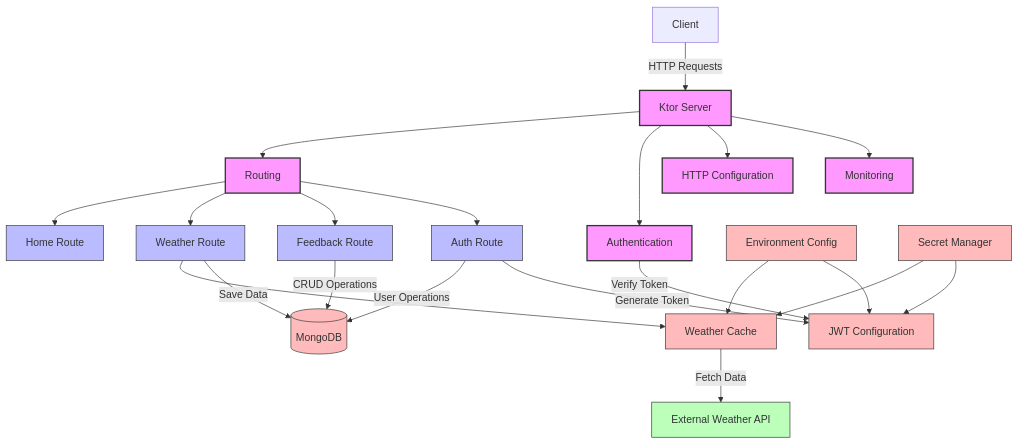
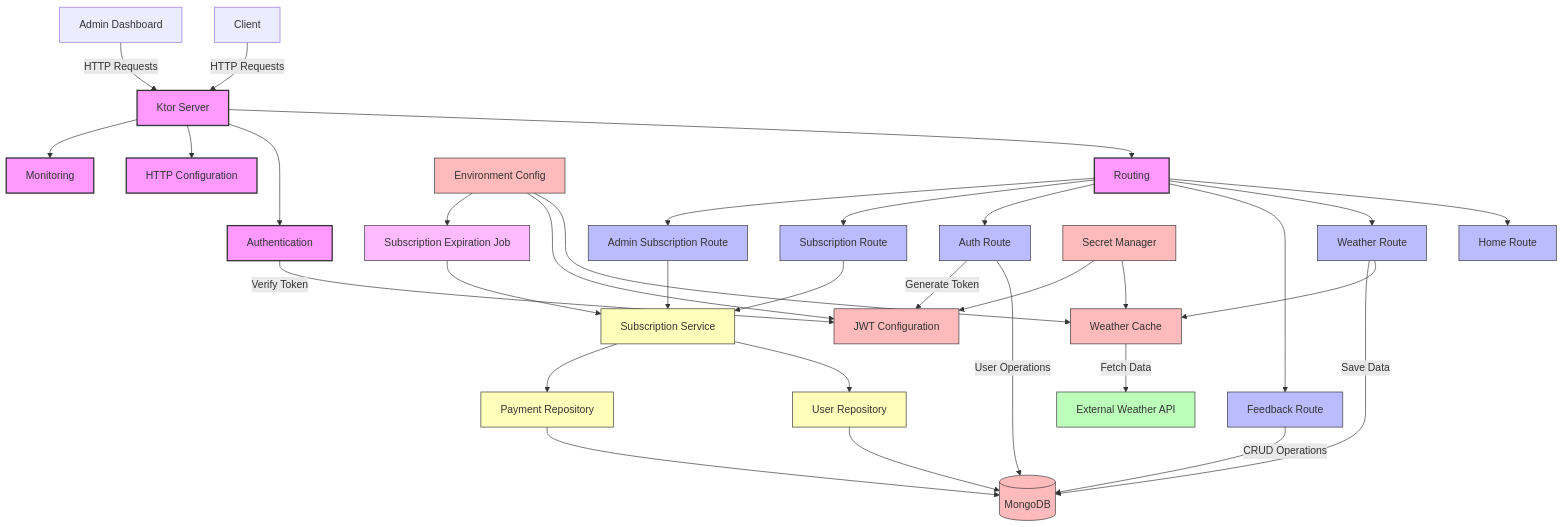
The diagram in docs/architecture.md (bosankus/weatherify-api-ktor), drawn with Mermaid before and after one commit. The commit also changed other lines of this file and 84 other files, not shown here.

````diff
--- a/docs/architecture.md
+++ b/docs/architecture.md
@@ -3,46 +3,65 @@
 ```mermaid
 graph TD
     Client[Client] --> |HTTP Requests| Server[Ktor Server]
+    AdminUI[Admin Dashboard] --> |HTTP Requests| Server
     
     %% Main Application Components
     Server --> Routing[Routing]
     Server --> Authentication[Authentication]
     Server --> HTTP[HTTP Configuration]
     Server --> Monitoring[Monitoring]
     
     %% Routes
     Routing --> HomeRoute[Home Route]
     Routing --> WeatherRoute[Weather Route]
     Routing --> FeedbackRoute[Feedback Route]
     Routing --> AuthRoute[Auth Route]
+    Routing --> SubscriptionRoute[Subscription Route]
+    Routing --> AdminSubscriptionRoute[Admin Subscription Route]
     
     %% Weather Components
     WeatherRoute --> WeatherCache[Weather Cache]
     WeatherCache --> |Fetch Data| ExternalAPI[External Weather API]
     WeatherRoute --> |Save Data| Database[(MongoDB)]
     
     %% Auth Components
     AuthRoute --> |User Operations| Database
     AuthRoute --> |Generate Token| JWTConfig[JWT Configuration]
     Authentication --> |Verify Token| JWTConfig
     
     %% Feedback Components
     FeedbackRoute --> |CRUD Operations| Database
     
+    %% Subscription Components
+    SubscriptionRoute --> SubscriptionService[Subscription Service]
+    AdminSubscriptionRoute --> SubscriptionService
+    SubscriptionService --> UserRepository[User Repository]
+    SubscriptionService --> PaymentRepository[Payment Repository]
+    UserRepository --> Database
+    PaymentRepository --> Database
+    
+    %% Background Jobs
+    ExpirationJob[Subscription Expiration Job] --> SubscriptionService
+    
     %% Environment & Configuration
     Environment[Environment Config] --> WeatherCache
     Environment --> JWTConfig
+    Environment --> ExpirationJob
     SecretManager[Secret Manager] --> WeatherCache
     SecretManager --> JWTConfig
     
     %% Legend
     classDef core fill:#f9f,stroke:#333,stroke-width:2px;
     classDef route fill:#bbf,stroke:#333,stroke-width:1px;
     classDef external fill:#bfb,stroke:#333,stroke-width:1px;
     classDef data fill:#fbb,stroke:#333,stroke-width:1px;
+    classDef service fill:#ffb,stroke:#333,stroke-width:1px;
+    classDef job fill:#fbf,stroke:#333,stroke-width:1px;
     
     class Server,Routing,Authentication,HTTP,Monitoring core;
-    class HomeRoute,WeatherRoute,FeedbackRoute,AuthRoute route;
+    class HomeRoute,WeatherRoute,FeedbackRoute,AuthRoute,SubscriptionRoute,AdminSubscriptionRoute route;
     class ExternalAPI external;
     class Database,Environment,SecretManager,JWTConfig,WeatherCache data;
+    class SubscriptionService,UserRepository,PaymentRepository service;
+    class ExpirationJob job;
 ```
````
